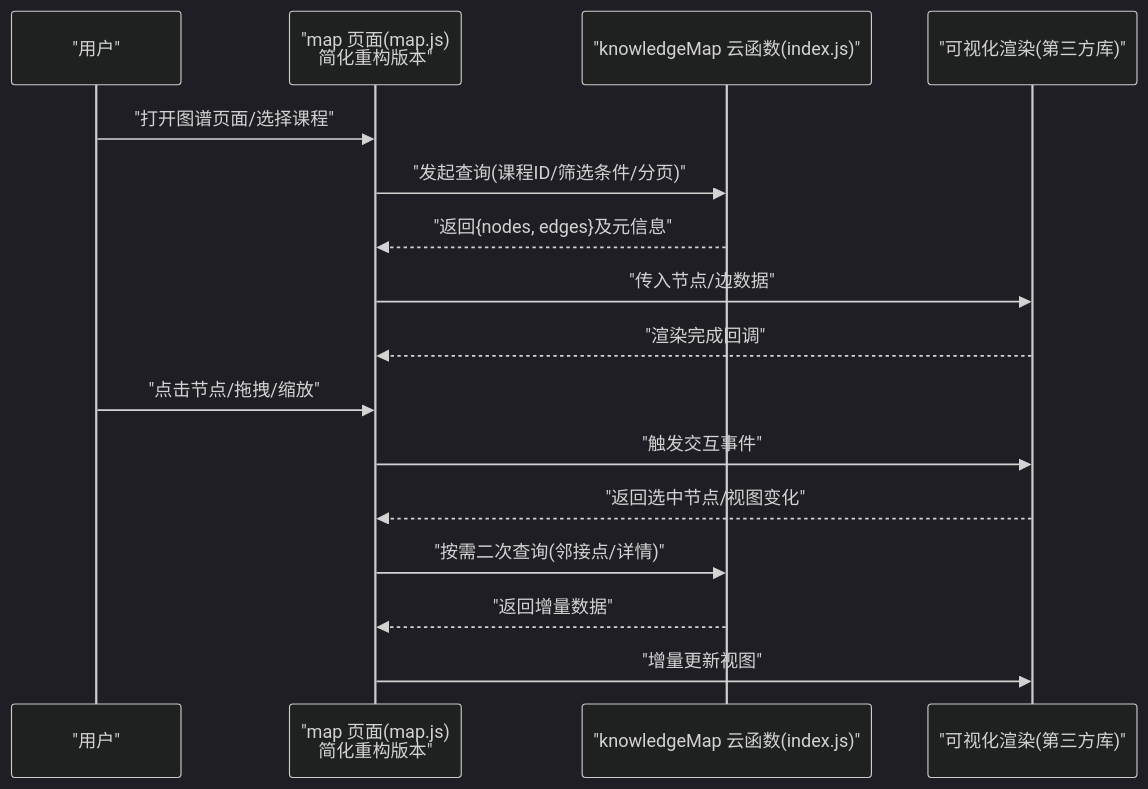
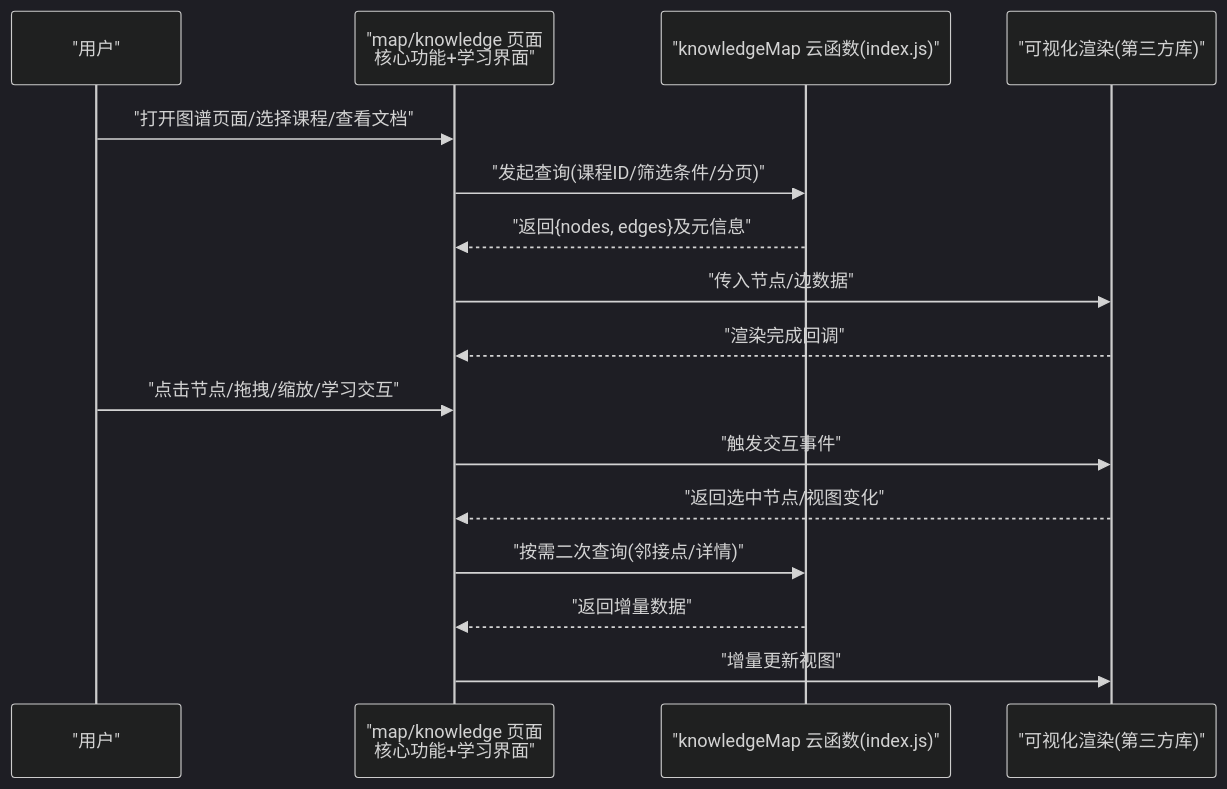
One commit to cwb7756/bio changed the second of 4 diagrams in .qoder/repowiki/zh/content/核心功能模块/知识图谱系统/知识图谱系统.md. Above: the diagram before and after it, drawn with Mermaid (dark theme). The commit also changed other lines of this file and 45 other files, not shown here.

````diff
--- a/.qoder/repowiki/zh/content/核心功能模块/知识图谱系统/知识图谱系统.md
+++ b/.qoder/repowiki/zh/content/核心功能模块/知识图谱系统/知识图谱系统.md
@@ -92,18 +112,18 @@
 ```mermaid
 sequenceDiagram
 participant U as "用户"
-participant P as "map 页面(map.js)<br/>简化重构版本"
+participant P as "map/knowledge 页面<br/>核心功能+学习界面"
 participant CF as "knowledgeMap 云函数(index.js)"
 participant V as "可视化渲染(第三方库)"
-U->>P : "打开图谱页面/选择课程"
+U->>P : "打开图谱页面/选择课程/查看文档"
 P->>CF : "发起查询(课程ID/筛选条件/分页)"
 CF-->>P : "返回{nodes, edges}及元信息"
 P->>V : "传入节点/边数据"
 V-->>P : "渲染完成回调"
-U->>P : "点击节点/拖拽/缩放"
+U->>P : "点击节点/拖拽/缩放/学习交互"
 P->>V : "触发交互事件"
 V-->>P : "返回选中节点/视图变化"
 P->>CF : "按需二次查询(邻接点/详情)"
 CF-->>P : "返回增量数据"
 P->>V : "增量更新视图"
 ```
````
